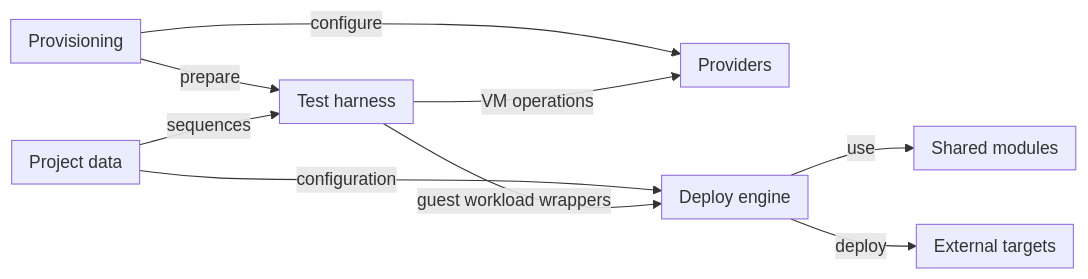
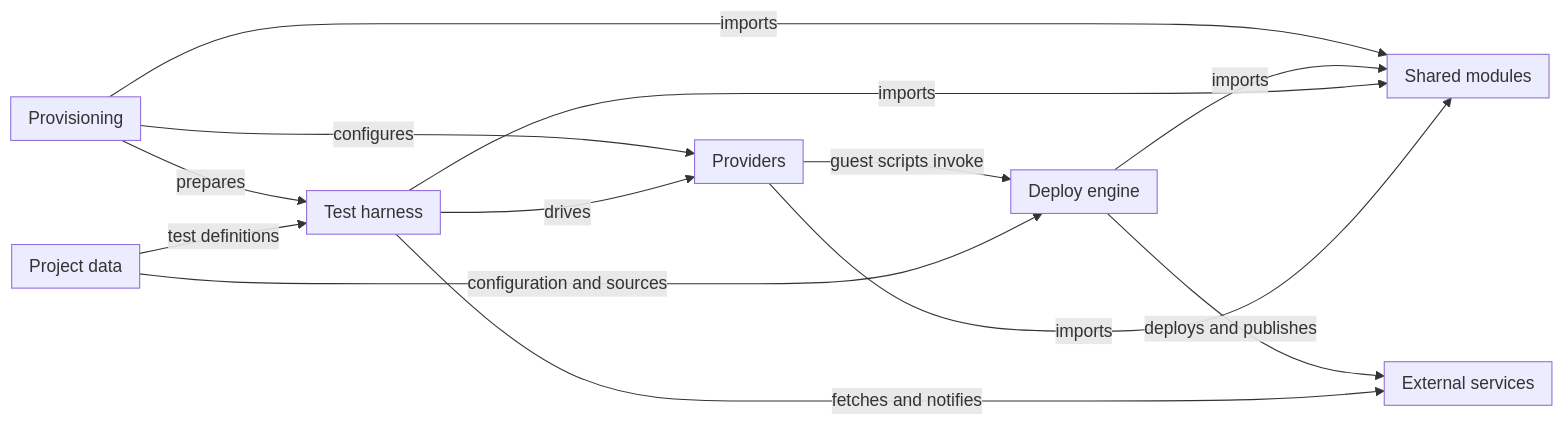
The diagram in docs/design/01-context-and-components.md (alissonsol/yuruna), drawn with Mermaid before and after one commit. The commit also changed other lines of this file and 1383 other files, not shown here.

````diff
--- a/docs/design/01-context-and-components.md
+++ b/docs/design/01-context-and-components.md
@@ -10,25 +9,29 @@
 ```mermaid
 flowchart LR
     subgraph install["Provisioning"]
     end
     subgraph automation["Deploy engine"]
     end
     subgraph test["Test harness"]
     end
     subgraph host["Providers"]
     end
     subgraph yuruna-project["Project data"]
     end
-    subgraph automation-shared["Shared modules"]
+    subgraph yuruna-common-psm1["Shared modules"]
     end
-    subgraph global-resources["External targets"]
+    subgraph global-resources["External services"]
     end
-    install -->|configure| host
-    install -->|prepare| test
-    yuruna-project -->|configuration| automation
-    yuruna-project -->|sequences| test
-    test -->|VM operations| host
-    test -->|guest workload wrappers| automation
-    automation -->|use| automation-shared
-    automation -->|deploy| global-resources
+    install -->|prepares| test
+    install -->|configures| host
+    test -->|drives| host
+    host -->|guest scripts invoke| automation
+    yuruna-project -->|configuration and sources| automation
+    yuruna-project -->|test definitions| test
+    install -->|imports| yuruna-common-psm1
+    automation -->|imports| yuruna-common-psm1
+    test -->|imports| yuruna-common-psm1
+    host -->|imports| yuruna-common-psm1
+    automation -->|deploys and publishes| global-resources
+    test -->|fetches and notifies| global-resources
 ```
````
